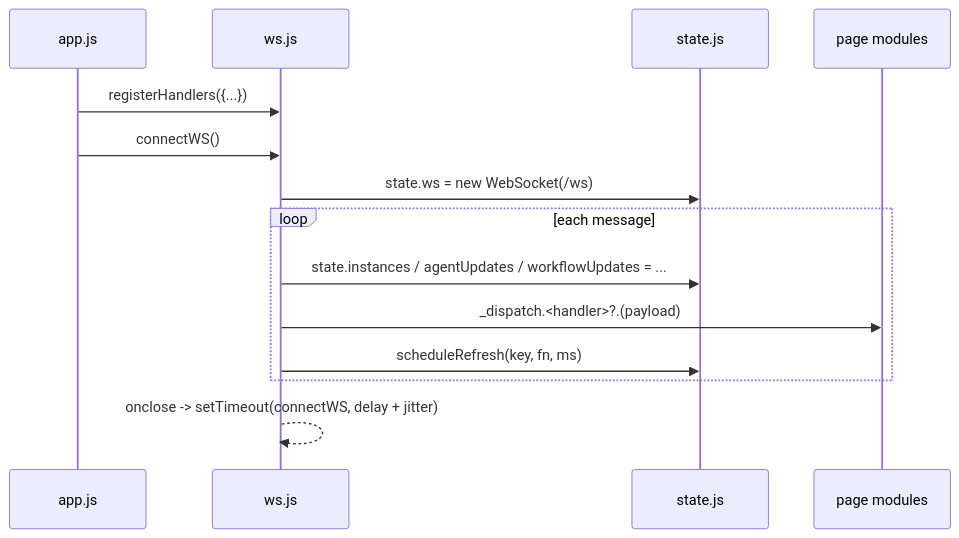
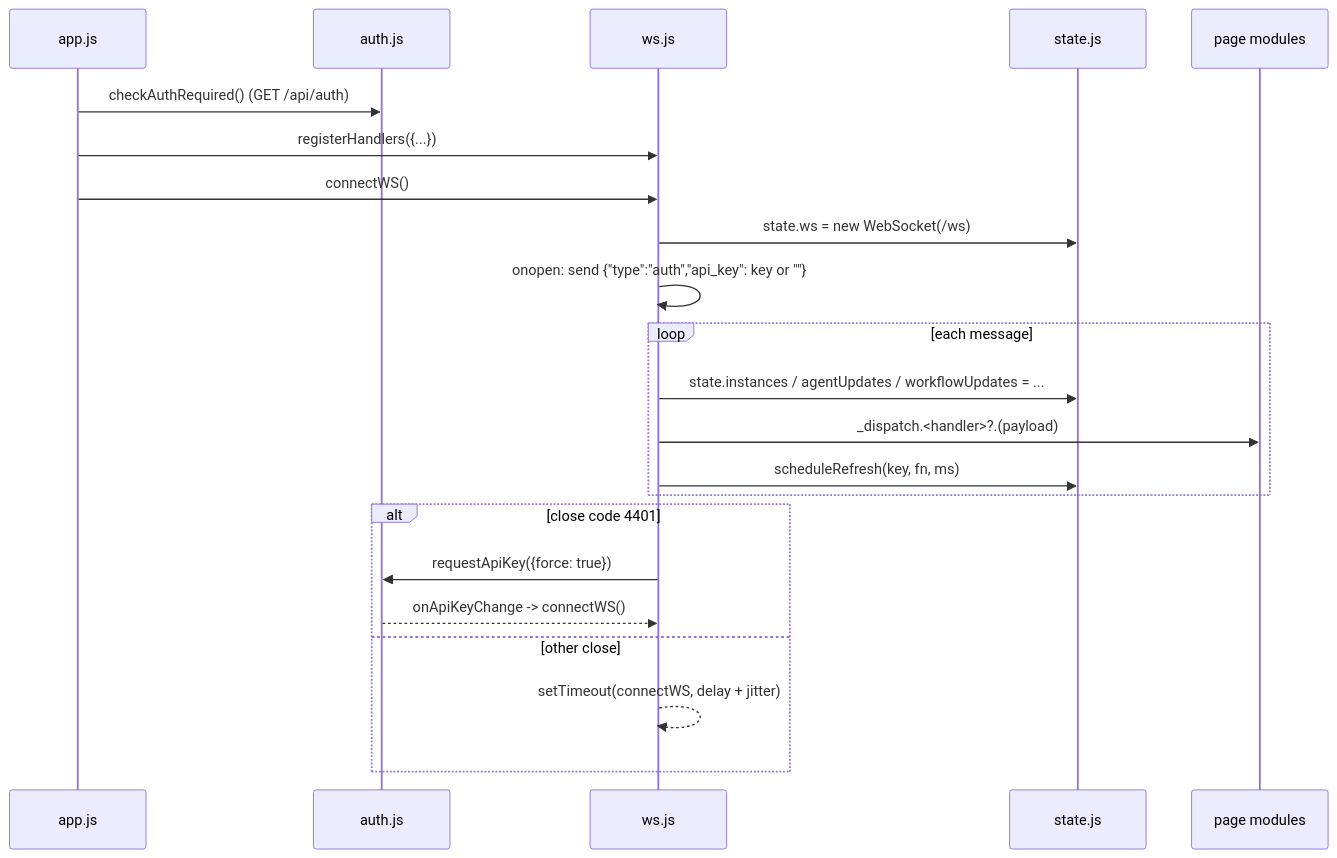
Before and after one commit to NikolasMarkou/fsm_llm: the diagram in src/fsm_llm/monitor/static/services/CLAUDE.md, drawn with Mermaid. The commit also changed other lines of this file and 49 other files, not shown here.

````diff
--- a/src/fsm_llm/monitor/static/services/CLAUDE.md
+++ b/src/fsm_llm/monitor/static/services/CLAUDE.md
@@ -12,16 +12,24 @@
 ```mermaid
 sequenceDiagram
     participant App as app.js
+    participant A as auth.js
     participant WS as ws.js
     participant S as state.js
     participant P as page modules
+    App->>A: checkAuthRequired() (GET /api/auth)
     App->>WS: registerHandlers({...})
     App->>WS: connectWS()
     WS->>S: state.ws = new WebSocket(/ws)
+    WS->>WS: onopen: send {"type":"auth","api_key": key or ""}
     loop each message
         WS->>S: state.instances / agentUpdates / workflowUpdates = ...
         WS->>P: _dispatch.<handler>?.(payload)
         WS->>S: scheduleRefresh(key, fn, ms)
     end
-    WS-->>WS: onclose -> setTimeout(connectWS, delay + jitter)
+    alt close code 4401
+        WS->>A: requestApiKey({force: true})
+        A-->>WS: onApiKeyChange -> connectWS()
+    else other close
+        WS-->>WS: setTimeout(connectWS, delay + jitter)
+    end
 ```
````
